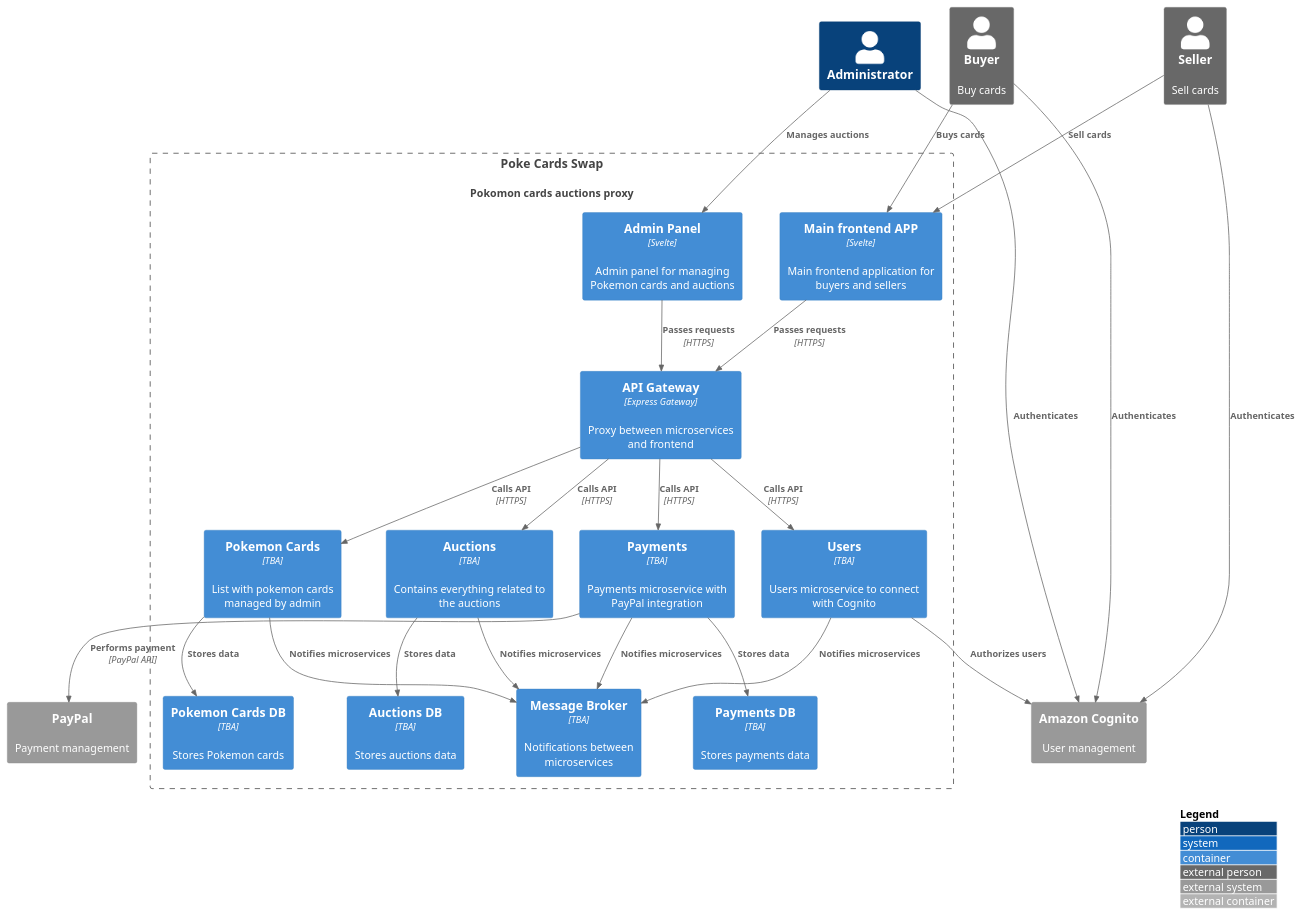
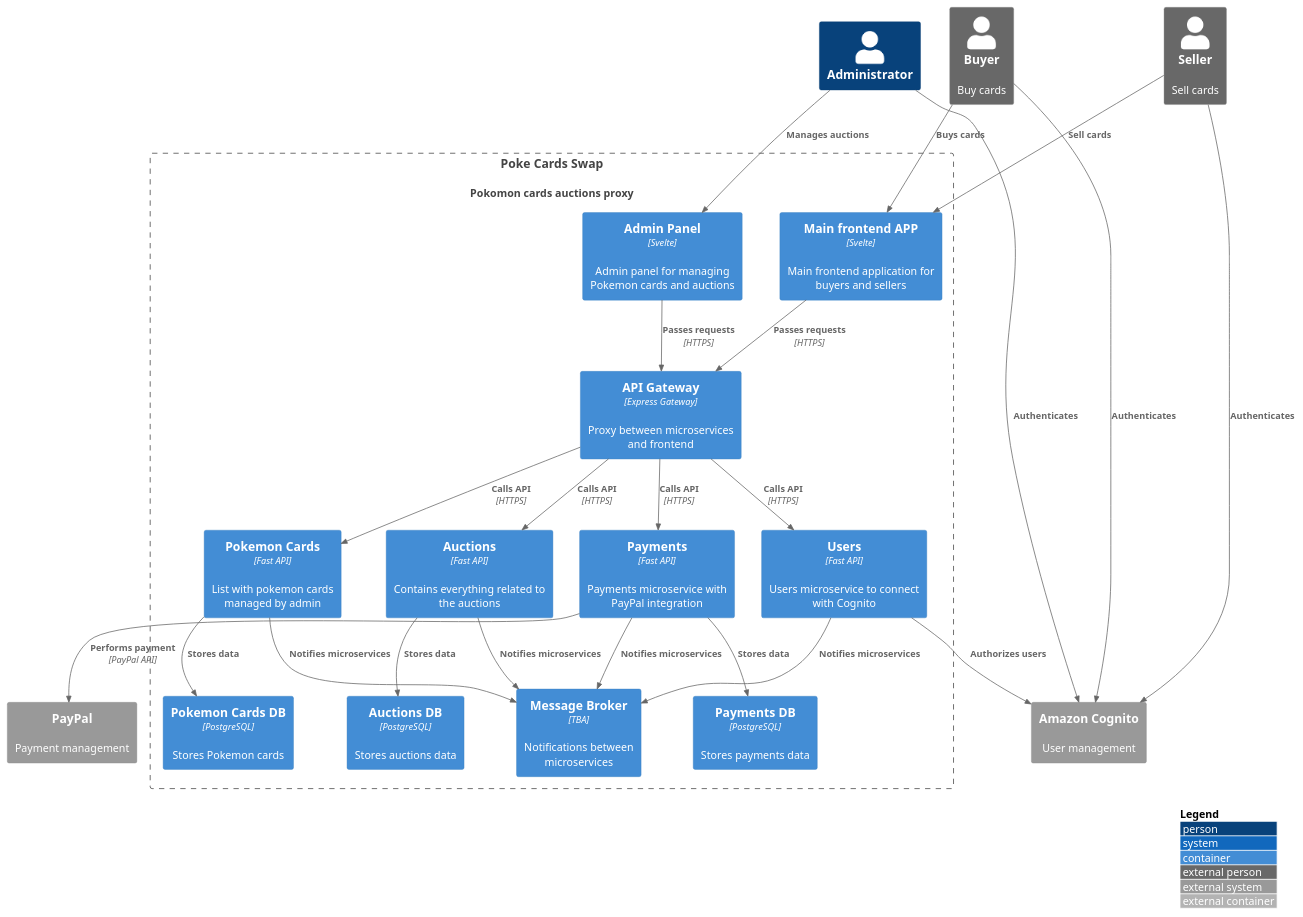
One commit to poke-cards-swap/poke-cards-swap changed the diagram in docs/structure/PokeCards/system.puml. Above: the diagram before and after it, drawn with PlantUML.

Commit message:
Use Fast API in the backend microservices

```diff
--- a/docs/structure/PokeCards/system.puml
+++ b/docs/structure/PokeCards/system.puml
@@ -1,66 +1,66 @@
 @startuml
 !include https://raw.githubusercontent.com/adrianvlupu/C4-PlantUML/latest/C4_Container.puml
 
 LAYOUT_WITH_LEGEND()
 
 Person(admin, "Administrator")
 
 Person_Ext(buyer, "Buyer", "Buy cards")
 Person_Ext(seller, "Seller", "Sell cards")
 
 System(pokemoncards, "Poke Cards Swap", "Pokomon cards auctions proxy")
 
 System_Ext(cognito, "Amazon Cognito", "User management")
 System_Ext(paypal, "PayPal", "Payment management")
 
 System_Boundary(pokemoncards, "Poke Cards Swap") {
-    Container(cards, "Pokemon Cards", "TBA", "List with pokemon cards managed by admin")
-    Container(cardsdb, "Pokemon Cards DB", "TBA", "Stores Pokemon cards")
+    Container(cards, "Pokemon Cards", "Fast API", "List with pokemon cards managed by admin")
+    Container(cardsdb, "Pokemon Cards DB", "PostgreSQL", "Stores Pokemon cards")
 
-    Container(auctions, "Auctions", "TBA", "Contains everything related to the auctions")
-    Container(auctionsdb, "Auctions DB", "TBA", "Stores auctions data")
+    Container(auctions, "Auctions", "Fast API", "Contains everything related to the auctions")
+    Container(auctionsdb, "Auctions DB", "PostgreSQL", "Stores auctions data")
 
-    Container(users, "Users", "TBA", "Users microservice to connect with Cognito")
+    Container(users, "Users", "Fast API", "Users microservice to connect with Cognito")
 
-    Container(payments, "Payments", "TBA", "Payments microservice with PayPal integration")
-    Container(paymentsdb, "Payments DB", "TBA", "Stores payments data")
+    Container(payments, "Payments", "Fast API", "Payments microservice with PayPal integration")
+    Container(paymentsdb, "Payments DB", "PostgreSQL", "Stores payments data")
 
     Container(messagebroker, "Message Broker", "TBA", "Notifications between microservices")
 
     Container(adminpanel, "Admin Panel", "Svelte", "Admin panel for managing Pokemon cards and auctions")
     Container(cardsfrontend, "Main frontend APP", "Svelte", "Main frontend application for buyers and sellers")
 
     Container(expressgateway, "API Gateway", "Express Gateway", "Proxy between microservices and frontend")
 
     Rel(adminpanel, expressgateway, "Passes requests", "HTTPS")
     Rel(cardsfrontend, expressgateway, "Passes requests", "HTTPS")
 
     Rel(expressgateway, cards, "Calls API", "HTTPS")
     Rel(expressgateway, auctions, "Calls API", "HTTPS")
     Rel(expressgateway, payments, "Calls API", "HTTPS")
     Rel(expressgateway, users, "Calls API", "HTTPS")
 
     Rel(cards, cardsdb, "Stores data")
     Rel(auctions, auctionsdb, "Stores data")
     Rel(payments, paymentsdb, "Stores data")
 
     Rel(cards, messagebroker, "Notifies microservices")
     Rel(auctions, messagebroker, "Notifies microservices")
     Rel(payments, messagebroker, "Notifies microservices")
     Rel(users, messagebroker, "Notifies microservices")
 }
 
 Rel(payments, paypal, "Performs payment", "PayPal API")
 
 Rel(admin, adminpanel, "Manages auctions")
 
 Rel(buyer, cardsfrontend, "Buys cards")
 Rel(seller, cardsfrontend, "Sell cards")
 
 Rel(buyer, cognito, "Authenticates")
 Rel(admin, cognito, "Authenticates")
 Rel(seller, cognito, "Authenticates")
 
 Rel(users, cognito, "Authorizes users")
 
 @enduml
```
